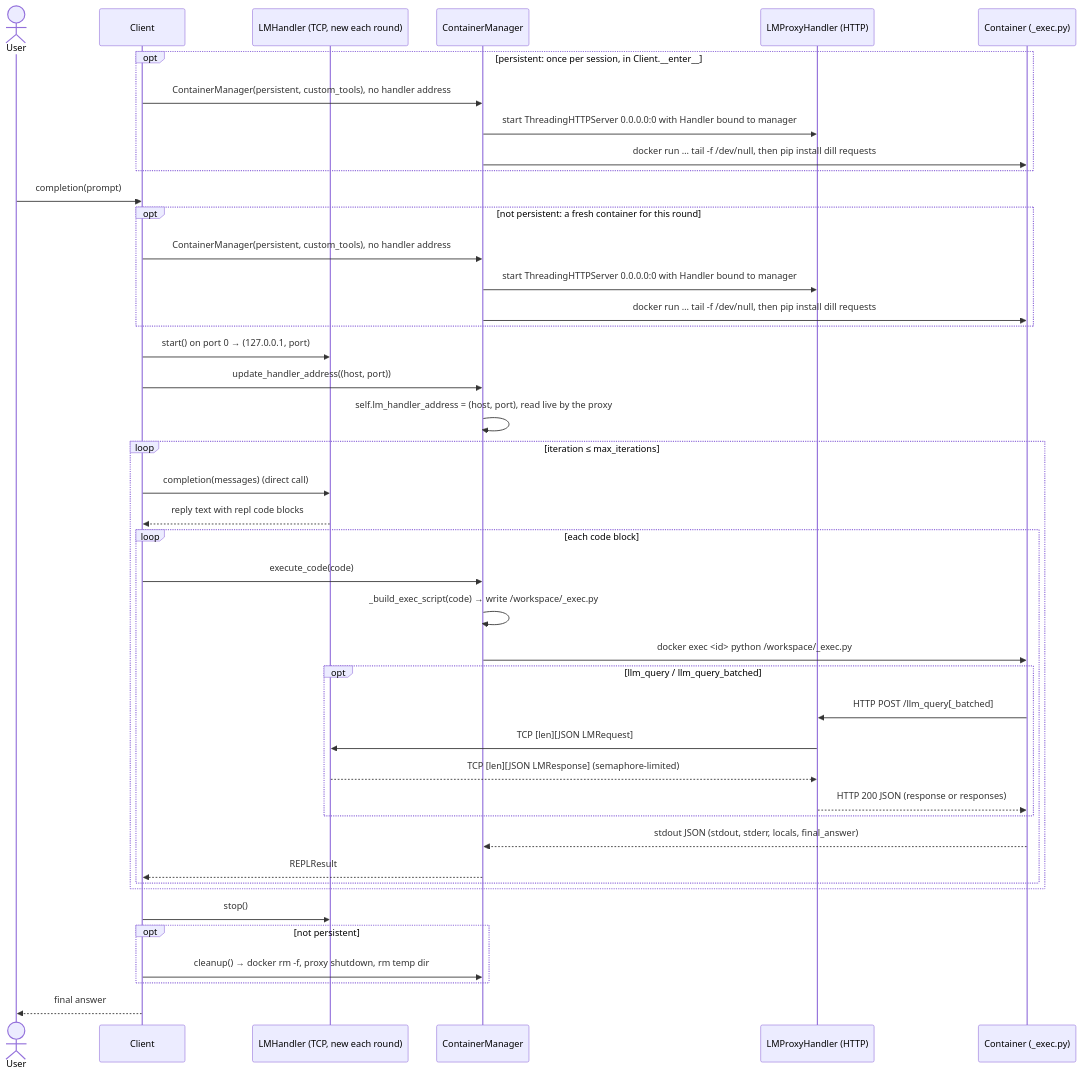
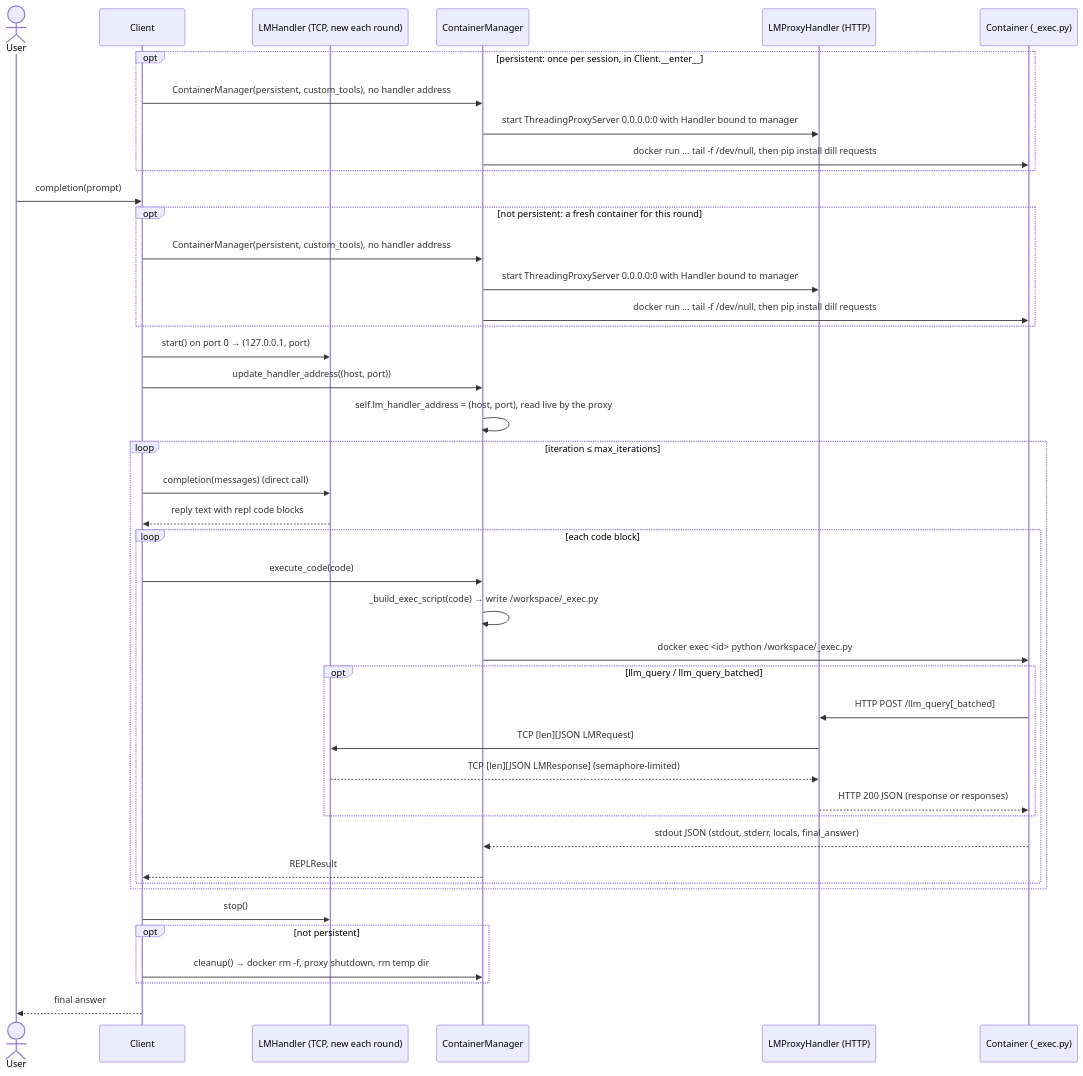
One commit to zhuy-seattleu/DockerREPL changed the diagram in docs/ARCHITECTURE.md. Above: the diagram before and after it, drawn with Mermaid. The commit also changed other lines of this file and 4 other files, not shown here.

First line of the commit message:
Step 7: LMProxyHandler, the HTTP proxy between the container and LMHandler

````diff
--- a/docs/ARCHITECTURE.md
+++ b/docs/ARCHITECTURE.md
@@ -571,46 +582,46 @@
 ```mermaid
 sequenceDiagram
     actor U as User
     participant C as Client
     participant H as LMHandler (TCP, new each round)
     participant M as ContainerManager
     participant P as LMProxyHandler (HTTP)
     participant X as Container (_exec.py)
 
     opt persistent: once per session, in Client.__enter__
         C->>M: ContainerManager(persistent, custom_tools), no handler address
-        M->>P: start ThreadingHTTPServer 0.0.0.0:0 with Handler bound to manager
+        M->>P: start ThreadingProxyServer 0.0.0.0:0 with Handler bound to manager
         M->>X: docker run … tail -f /dev/null, then pip install dill requests
     end
     U->>C: completion(prompt)
     opt not persistent: a fresh container for this round
         C->>M: ContainerManager(persistent, custom_tools), no handler address
-        M->>P: start ThreadingHTTPServer 0.0.0.0:0 with Handler bound to manager
+        M->>P: start ThreadingProxyServer 0.0.0.0:0 with Handler bound to manager
         M->>X: docker run … tail -f /dev/null, then pip install dill requests
     end
     C->>H: start() on port 0 → (127.0.0.1, port)
     C->>M: update_handler_address((host, port))
     M->>M: self.lm_handler_address = (host, port), read live by the proxy
     loop iteration ≤ max_iterations
         C->>H: completion(messages) (direct call)
         H-->>C: reply text with repl code blocks
         loop each code block
             C->>M: execute_code(code)
             M->>M: _build_exec_script(code) → write /workspace/_exec.py
             M->>X: docker exec <id> python /workspace/_exec.py
             opt llm_query / llm_query_batched
                 X->>P: HTTP POST /llm_query[_batched]
                 P->>H: TCP [len][JSON LMRequest]
                 H-->>P: TCP [len][JSON LMResponse] (semaphore-limited)
                 P-->>X: HTTP 200 JSON (response or responses)
             end
             X-->>M: stdout JSON (stdout, stderr, locals, final_answer)
             M-->>C: REPLResult
         end
     end
     C->>H: stop()
     opt not persistent
         C->>M: cleanup() → docker rm -f, proxy shutdown, rm temp dir
     end
     C-->>U: final answer
 ```
````
